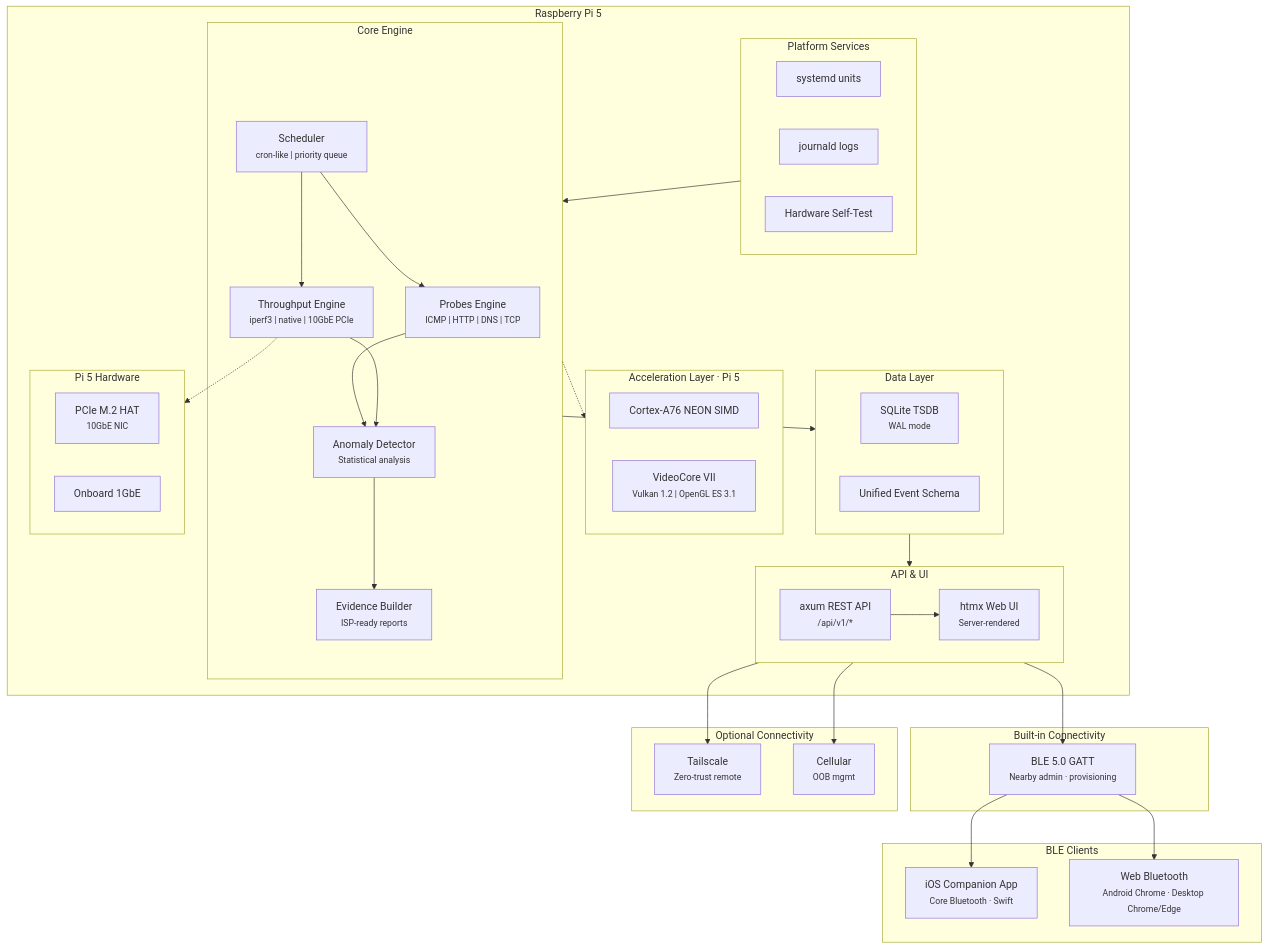
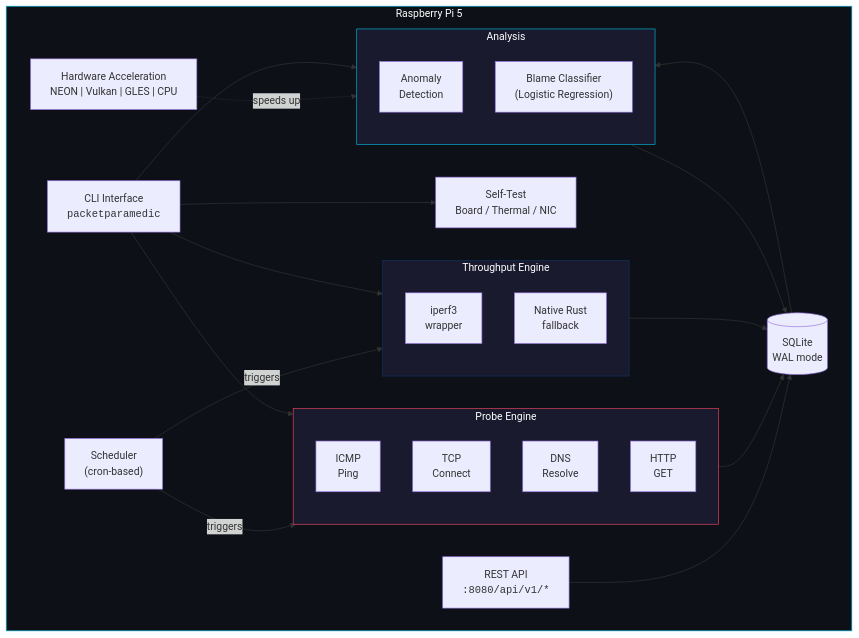
The first of 5 diagrams in README.md (ParkWardRR/PacketParamedic), drawn with Mermaid before and after one commit. The commit also changed other lines of this file, not shown here.

````diff
--- a/README.md
+++ b/README.md
@@ -61,70 +125,47 @@
 ```mermaid
 graph TB
-    subgraph RaspberryPi["Raspberry Pi 5"]
-        subgraph Core["Core Engine"]
-            Probes["Probes Engine<br/><small>ICMP | HTTP | DNS | TCP</small>"]
-            Throughput["Throughput Engine<br/><small>iperf3 | native | 10GbE PCIe</small>"]
-            Scheduler["Scheduler<br/><small>cron-like | priority queue</small>"]
-            Detect["Anomaly Detector<br/><small>Statistical analysis</small>"]
-            Evidence["Evidence Builder<br/><small>ISP-ready reports</small>"]
-            Scheduler --> Probes
-            Scheduler --> Throughput
-            Probes --> Detect
-            Throughput --> Detect
-            Detect --> Evidence
+    subgraph PI["Raspberry Pi 5"]
+        CLI["CLI Interface<br/><code>packetparamedic</code>"]
+        API["REST API<br/><code>:8080/api/v1/*</code>"]
+        SCHED["Scheduler<br/>(cron-based)"]
+
+        subgraph PROBES["Probe Engine"]
+            ICMP["ICMP<br/>Ping"]
+            TCP["TCP<br/>Connect"]
+            DNS["DNS<br/>Resolve"]
+            HTTP["HTTP<br/>GET"]
         end
 
-        subgraph Accel["Acceleration Layer · Pi 5"]
-            NEON["Cortex-A76 NEON SIMD"]
-            GPU["VideoCore VII<br/><small>Vulkan 1.2 | OpenGL ES 3.1</small>"]
+        subgraph THROUGHPUT["Throughput Engine"]
+            IPERF["iperf3<br/>wrapper"]
+            NATIVE["Native Rust<br/>fallback"]
         end
 
-        subgraph Data["Data Layer"]
-            SQLite["SQLite TSDB<br/><small>WAL mode</small>"]
-            Schema["Unified Event Schema"]
+        subgraph BRAIN["Analysis"]
+            DETECT["Anomaly<br/>Detection"]
+            BLAME["Blame Classifier<br/>(Logistic Regression)"]
         end
 
-        subgraph API["API & UI"]
-            Axum["axum REST API<br/><small>/api/v1/*</small>"]
-            HTMX["htmx Web UI<br/><small>Server-rendered</small>"]
-            Axum --> HTMX
-        end
-
-        subgraph Platform["Platform Services"]
-            Systemd["systemd units"]
-            Journald["journald logs"]
-            Selftest["Hardware Self-Test"]
-        end
-
-        subgraph HW["Pi 5 Hardware"]
-            PCIe["PCIe M.2 HAT<br/><small>10GbE NIC</small>"]
-            Onboard["Onboard 1GbE"]
-        end
-
-        Core --> Data
-        Core -.-> Accel
-        Data --> API
-        Platform --> Core
-        Throughput -.-> HW
+        ACCEL["Hardware Acceleration<br/>NEON | Vulkan | GLES | CPU"]
+        DB[(SQLite<br/>WAL mode)]
+        SELFTEST["Self-Test<br/>Board / Thermal / NIC"]
     end
 
-    subgraph Builtin["Built-in Connectivity"]
-        BLE["BLE 5.0 GATT<br/><small>Nearby admin · provisioning</small>"]
-    end
+    SCHED -->|triggers| PROBES
+    SCHED -->|triggers| THROUGHPUT
+    PROBES --> DB
+    THROUGHPUT --> DB
+    DB --> BRAIN
+    BRAIN --> DB
+    ACCEL -.->|speeds up| BRAIN
+    CLI --> PROBES
+    CLI --> THROUGHPUT
+    CLI --> BRAIN
+    CLI --> SELFTEST
+    API --> DB
 
-    subgraph Clients["BLE Clients"]
-        iOS["iOS Companion App<br/><small>Core Bluetooth · Swift</small>"]
-        WebBLE["Web Bluetooth<br/><small>Android Chrome · Desktop Chrome/Edge</small>"]
-    end
-
-    subgraph Optional["Optional Connectivity"]
-        Tailscale["Tailscale<br/><small>Zero-trust remote</small>"]
-        Cellular["Cellular<br/><small>OOB mgmt</small>"]
-    end
-
-    API --> BLE
-    BLE --> iOS
-    BLE --> WebBLE
-    API --> Tailscale
-    API --> Cellular
+    style PI fill:#0d1117,stroke:#00b4d8,color:#fff
+    style PROBES fill:#1a1a2e,stroke:#e94560,color:#fff
+    style THROUGHPUT fill:#1a1a2e,stroke:#0f3460,color:#fff
+    style BRAIN fill:#1a1a2e,stroke:#00b4d8,color:#fff
 ```
````
